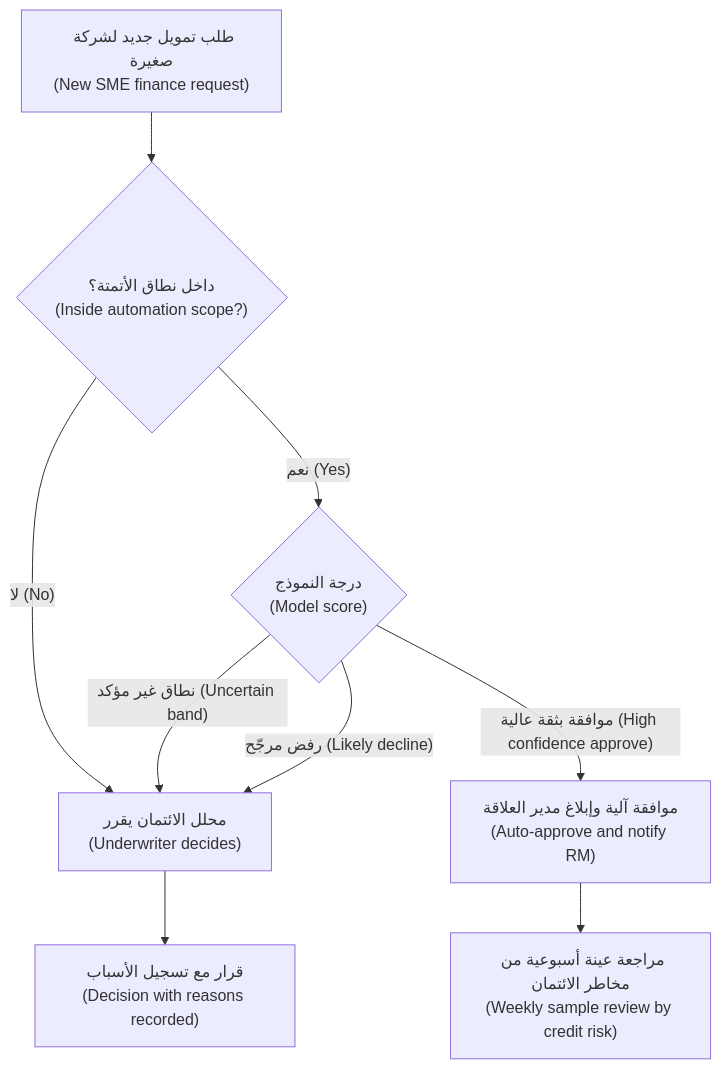
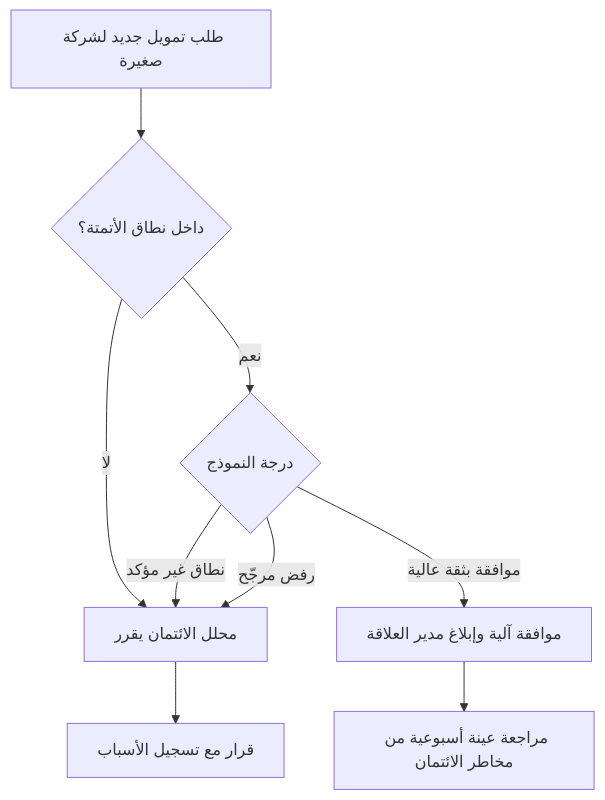
The first of 3 diagrams in aipm/modules/04-design.ar.md (Tamoura/system-design-for-vibe-coders), drawn with Mermaid before and after one commit. The commit also changed other lines of this file and 551 other files, not shown here.

````diff
--- a/aipm/modules/04-design.ar.md
+++ b/aipm/modules/04-design.ar.md
@@ -68,11 +68,11 @@
 ```mermaid
 flowchart TD
-    A["طلب تمويل جديد لشركة صغيرة<br/>(New SME finance request)"] --> B{"داخل نطاق الأتمتة؟<br/>(Inside automation scope?)"}
-    B -- "لا (No)" --> H["محلل الائتمان يقرر<br/>(Underwriter decides)"]
-    B -- "نعم (Yes)" --> C{"درجة النموذج<br/>(Model score)"}
-    C -- "موافقة بثقة عالية (High confidence approve)" --> D["موافقة آلية وإبلاغ مدير العلاقة<br/>(Auto-approve and notify RM)"]
-    C -- "نطاق غير مؤكد (Uncertain band)" --> H
-    C -- "رفض مرجّح (Likely decline)" --> H
-    D --> E["مراجعة عينة أسبوعية من مخاطر الائتمان<br/>(Weekly sample review by credit risk)"]
-    H --> F["قرار مع تسجيل الأسباب<br/>(Decision with reasons recorded)"]
+    A["طلب تمويل جديد لشركة صغيرة"] --> B{"داخل نطاق الأتمتة؟"}
+    B -- "لا" --> H["محلل الائتمان يقرر"]
+    B -- "نعم" --> C{"درجة النموذج"}
+    C -- "موافقة بثقة عالية" --> D["موافقة آلية وإبلاغ مدير العلاقة"]
+    C -- "نطاق غير مؤكد" --> H
+    C -- "رفض مرجّح" --> H
+    D --> E["مراجعة عينة أسبوعية من مخاطر الائتمان"]
+    H --> F["قرار مع تسجيل الأسباب"]
 ```
````
